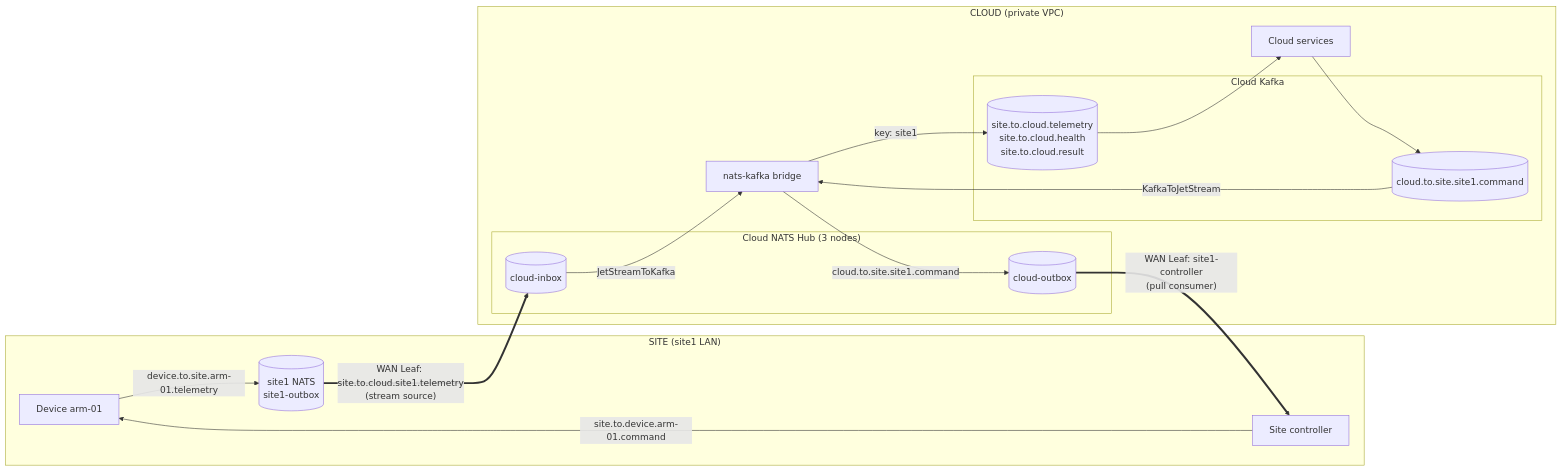
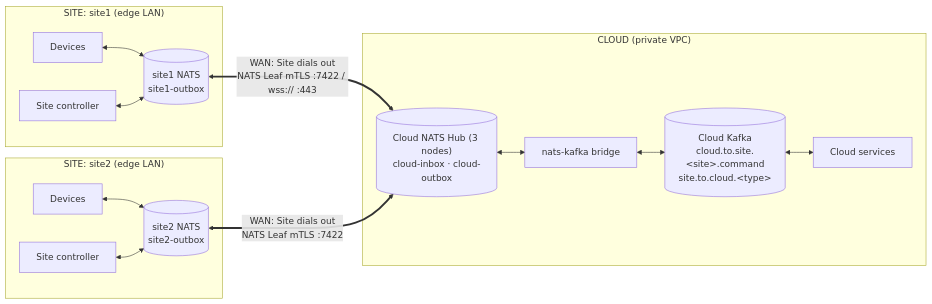
One commit to jinternals/nats-demo changed the first of 4 diagrams in pattern-a-cloud-hub/README.md. Above: the diagram before and after it, drawn with Mermaid. The commit also changed 10 other files, not shown here.

Commit message:
Add Pattern C (Cloud Bridge -> Site NATS) and unify all Site/WAN/Cloud diagrams

````diff
--- a/pattern-a-cloud-hub/README.md
+++ b/pattern-a-cloud-hub/README.md
@@ -47,36 +47,23 @@
 ```mermaid
 flowchart LR
-  subgraph site["SITE (site1 LAN)"]
-    dev["Device arm-01"]
-    ctl["Site controller"]
-    out[("site1 NATS<br/>site1-outbox")]
+  subgraph site1["SITE: site1 (edge LAN)"]
+    d1["Devices"] <--> s1[("site1 NATS<br/>site1-outbox")]
+    k1["Site controller"] <--> s1
+  end
+
+  subgraph site2["SITE: site2 (edge LAN)"]
+    d2["Devices"] <--> s2[("site2 NATS<br/>site2-outbox")]
+    k2["Site controller"] <--> s2
   end
 
   subgraph cloud["CLOUD (private VPC)"]
-    subgraph hub["Cloud NATS Hub (3 nodes)"]
-      inbox[("cloud-inbox")]
-      outbox[("cloud-outbox")]
-    end
-
+    hub[("Cloud NATS Hub (3 nodes)<br/>cloud-inbox · cloud-outbox")]
     br["nats-kafka bridge"]
-
-    subgraph kafka["Cloud Kafka"]
-      kcmd[("cloud.to.site.site1.command")]
-      kev[("site.to.cloud.telemetry<br/>site.to.cloud.health<br/>site.to.cloud.result")]
-    end
-
+    kafka[("Cloud Kafka<br/>cloud.to.site.&lt;site&gt;.command<br/>site.to.cloud.&lt;type&gt;")]
     svc["Cloud services"]
+    hub <--> br <--> kafka <--> svc
   end
 
-  dev -- "device.to.site.arm-01.telemetry" --> out
-  out == "WAN Leaf: site.to.cloud.site1.telemetry<br/>(stream source)" ==> inbox
-  inbox -- "JetStreamToKafka" --> br
-  br -- "key: site1" --> kev
-  kev --> svc
-
-  svc --> kcmd
-  kcmd -- "KafkaToJetStream" --> br
-  br -- "cloud.to.site.site1.command" --> outbox
-  outbox == "WAN Leaf: site1-controller<br/>(pull consumer)" ==> ctl
-  ctl -- "site.to.device.arm-01.command" --> dev
+  s1 <== "WAN: Site dials out<br/>NATS Leaf mTLS :7422 / wss:// :443" ==> hub
+  s2 <== "WAN: Site dials out<br/>NATS Leaf mTLS :7422" ==> hub
 ```
````
